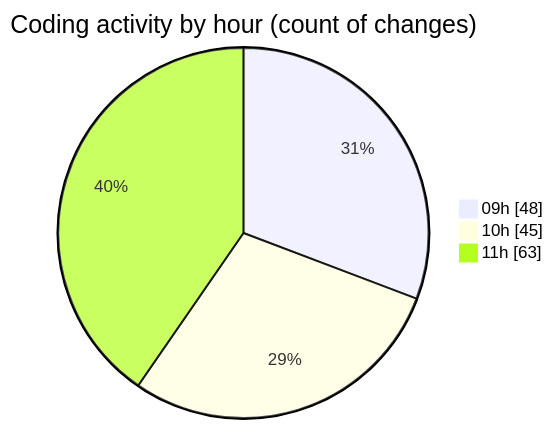
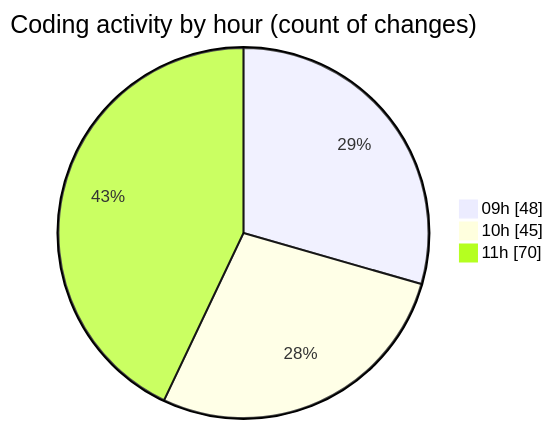
One commit to momahboobian/code-tracking changed the second of 2 diagrams in 2025-03-14/cda/README.md. Above: the diagram before and after it, drawn with Mermaid. The commit also changed other lines of this file and 1 other file, not shown here.

````diff
--- a/2025-03-14/cda/README.md
+++ b/2025-03-14/cda/README.md
@@ -45,7 +45,7 @@
 ```mermaid
 pie showData
 title Coding activity by hour (count of changes)
 "09h" : 48
 "10h" : 45
-"11h" : 63
+"11h" : 70
 ```
````
